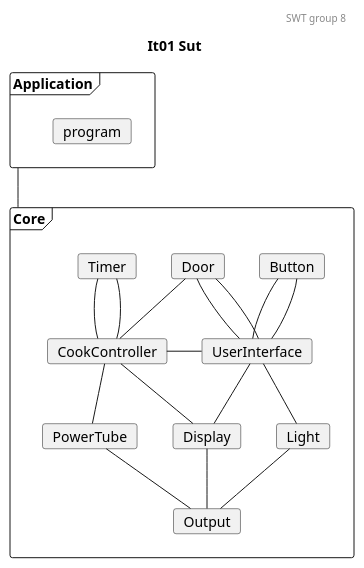
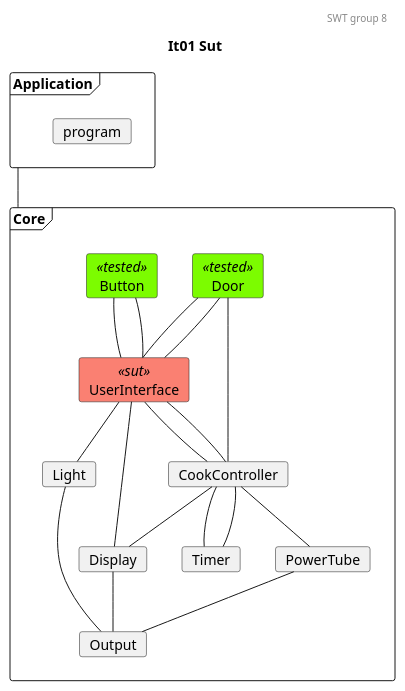
The diagram in docs/SysTestTree1.plantuml (mikkel-ol/I4SWT-MicrowaveOven), drawn with PlantUML before and after one commit. The commit also changed 3 other files, not shown here.

```diff
--- a/docs/SysTestTree1.plantuml
+++ b/docs/SysTestTree1.plantuml
@@ -1,65 +1,77 @@
 @startuml
 
 'Testing colors:
 skinparam card{
     backgroundColor<<tested>> lawngreen
     backgroundColor<<sut>> salmon
     backgroundColor<<test>> salmon
     backgroundColor<<fake>> gold
 }
 
 header SWT group 8
 title It01 Sut
 
 frame Application{
     card program
 }
 
 frame Core{
-    card UserInterface
+'0.
+    card Door<<tested>>
+    card Button<<tested>>
+
+'1.
+    card UserInterface<<sut>>
+
+'2.
     card CookController
+    card Light
 
-    card Door
-    card Light
+'3.
     card Timer
     card PowerTube
     card Display
+
+'4 
     card Output
-    card Button
+
+
 }
 Application -- Core
 
 'Relations projects
 ' 0. to 1.
 Door -- UserInterface
 Door -- UserInterface
 
 Button -- UserInterface
 Button -- UserInterface
 
 
 'Relations CookController:
 '1.
-CookController - UserInterface
+UserInterface -- CookController
+UserInterface -- CookController
 '1. to 2.
 Door - CookController
 
-Timer -- CookController
-Timer -- CookController
 
 CookController -- PowerTube
 
 '1. to 2.
 UserInterface -- Display
 UserInterface -- Light
 CookController -- Display
+
+CookController -- Timer
+CookController -- Timer 
 
 
 ' Relations 2. to 3.
 Light -- Output
 Display -- Output
 PowerTube -- Output
 
 
 
 @enduml
```
